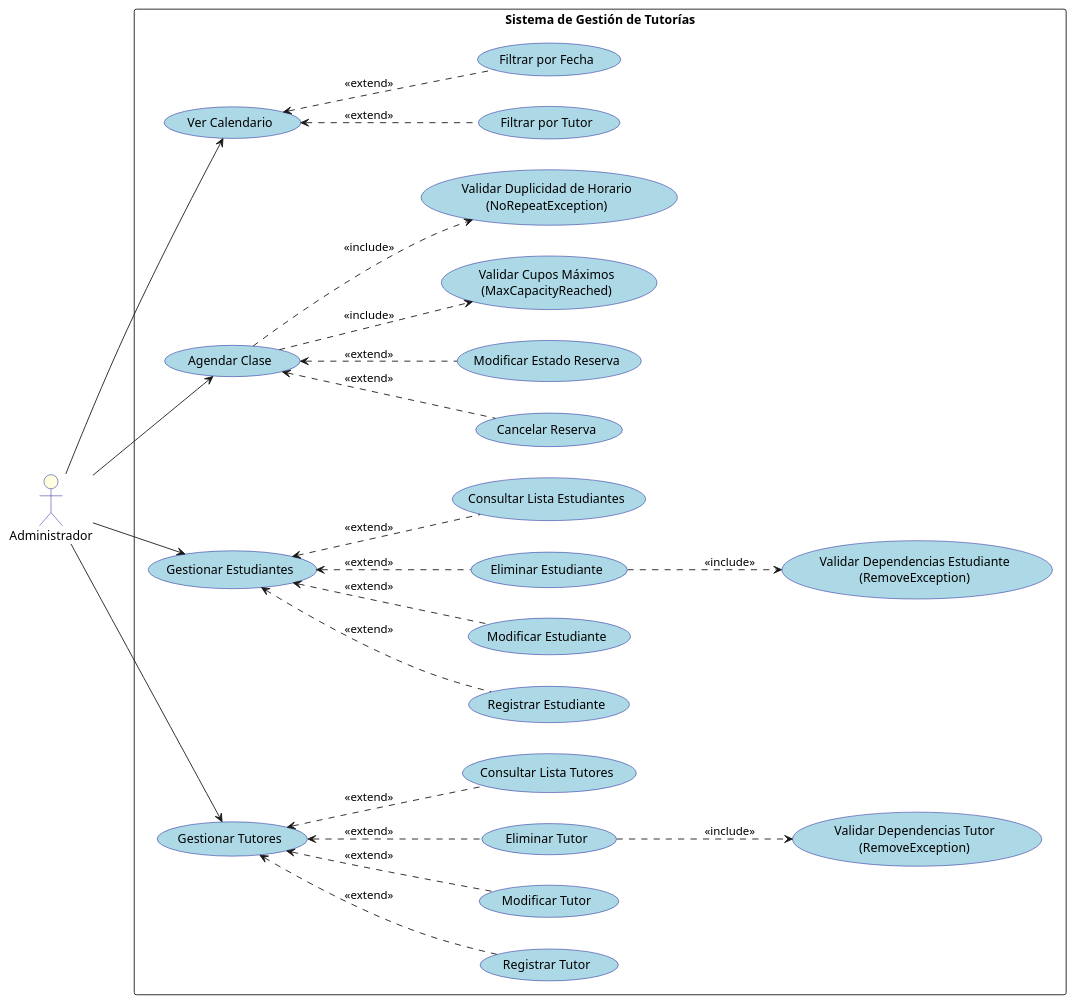
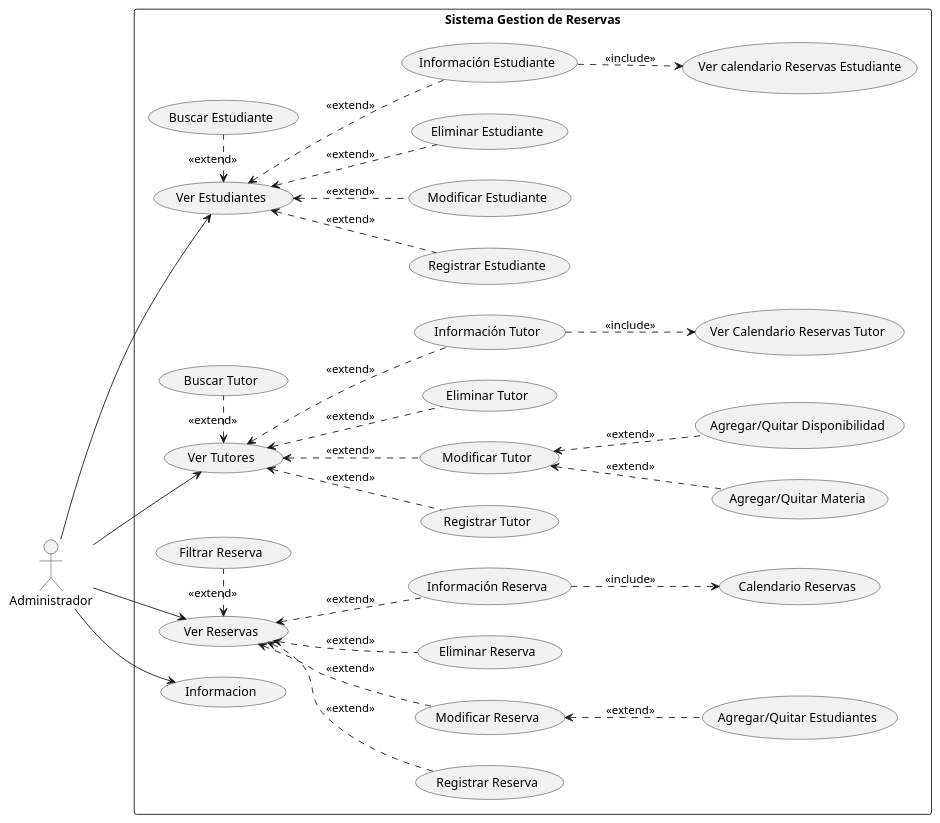
Before and after one commit to SoyMartinPa/Class-Booking-System: the diagram in Diagrams/Usage_diagram/usageDiagram.puml, drawn with PlantUML. The commit also changed 13 other files, not shown here.

Commit message:
docs: add Backend, GUI, and Use Case UML diagrams

```diff
--- a/Diagrams/Usage_diagram/usageDiagram.puml
+++ b/Diagrams/Usage_diagram/usageDiagram.puml
@@ -1,92 +1,74 @@
-@startuml
+@startuml Diagrama de Uso
 left to right direction
 
-skinparam packageStyle rectangle
+actor Administrador as admin
 
-skinparam usecase {
-    BackgroundColor LightBlue
-    BorderColor DarkBlue
+rectangle "Sistema Gestion de Reservas" {
+    
+    usecase "Ver Reservas" as GR
+    usecase "Ver Tutores" as GT
+    usecase "Ver Estudiantes" as GE
+    usecase "Informacion" as informacion
+
+    usecase "Registrar Estudiante" as GER
+    usecase "Modificar Estudiante" as GEM
+    usecase "Eliminar Estudiante" as GEE
+    usecase "Información Estudiante" as GEV
+    usecase "Buscar Estudiante" as GEB
+
+    usecase "Registrar Tutor" as GTR
+    usecase "Modificar Tutor" as GTM
+    usecase "Eliminar Tutor" as GTE
+    usecase "Información Tutor" as GTV
+    usecase "Buscar Tutor" as GTB
+
+    usecase "Registrar Reserva" as GRR
+    usecase "Modificar Reserva" as GRM
+    usecase "Eliminar Reserva" as GRE
+    usecase "Información Reserva" as GRV
+    usecase "Filtrar Reserva" as GRF
+
+    usecase "Ver Calendario Reservas Tutor" as CT
+    usecase "Ver calendario Reservas Estudiante" as CE
+    usecase "Calendario Reservas" as CR
+
+    usecase "Agregar/Quitar Materia" as TAQM
+    usecase "Agregar/Quitar Disponibilidad" as TAQD
+
+    usecase "Agregar/Quitar Estudiantes" as RAQE
 }
 
-skinparam actor {
-    BackgroundColor LightYellow
-    BorderColor DarkBlue
-}
 
-actor "Administrador" as Admin
+admin --> GE
+admin --> GT
+admin --> GR
+admin --> informacion
 
-rectangle "Sistema de Gestión de Tutorías" {
+GE <.. GER : <<extend>>
+GE <.. GEM : <<extend>>
+GE <.. GEE : <<extend>>
+GE <.. GEV : <<extend>>
+GE <.right. GEB : <<extend>>
 
-    '----------------------------
-    ' Funciones Base
-    '----------------------------
-    usecase "Gestionar Tutores" as UC_GestTutores
-    usecase "Gestionar Estudiantes" as UC_GestEstudiantes
-    usecase "Agendar Clase" as UC_Agendar
-    usecase "Ver Calendario" as UC_Calendario
+GT <.. GTR : <<extend>>
+GT <.. GTM : <<extend>>
+GT <.. GTE : <<extend>>
+GT <.. GTV : <<extend>>
+GT <.right. GTB : <<extend>>
 
-    '----------------------------
-    ' Gestión de Tutores
-    '----------------------------
-    usecase "Registrar Tutor" as UC_RegTutor
-    usecase "Modificar Tutor" as UC_ModTutor
-    usecase "Eliminar Tutor" as UC_ElimTutor
-    usecase "Consultar Lista Tutores" as UC_ListTutores
+GR <.. GRR : <<extend>>
+GR <.. GRM : <<extend>>
+GR <.. GRE : <<extend>>
+GR <.. GRV : <<extend>>
+GR <.right. GRF : <<extend>>
 
-    UC_RegTutor    .up.> UC_GestTutores : <<extend>>
-    UC_ModTutor    .up.> UC_GestTutores : <<extend>>
-    UC_ElimTutor   .up.> UC_GestTutores : <<extend>>
-    UC_ListTutores .up.> UC_GestTutores : <<extend>>
+GTV ..> CT : <<include>>
+GEV ..> CE : <<include>>
+GRV ..> CR : <<include>>
 
-    usecase "Validar Dependencias Tutor\n(RemoveException)" as UC_ValElimTutor
+GTM <.. TAQM : <<extend>>
+GTM <.. TAQD : <<extend>>
 
-    UC_ElimTutor ..> UC_ValElimTutor : <<include>>
-
-    '----------------------------
-    ' Gestión de Estudiantes
-    '----------------------------
-    usecase "Registrar Estudiante" as UC_RegEst
-    usecase "Modificar Estudiante" as UC_ModEst
-    usecase "Eliminar Estudiante" as UC_ElimEst
-    usecase "Consultar Lista Estudiantes" as UC_ListEst
-
-    UC_RegEst   .up.> UC_GestEstudiantes : <<extend>>
-    UC_ModEst   .up.> UC_GestEstudiantes : <<extend>>
-    UC_ElimEst  .up.> UC_GestEstudiantes : <<extend>>
-    UC_ListEst  .up.> UC_GestEstudiantes : <<extend>>
-
-    usecase "Validar Dependencias Estudiante\n(RemoveException)" as UC_ValElimEst
-
-    UC_ElimEst ..> UC_ValElimEst : <<include>>
-
-    '----------------------------
-    ' Agendamiento
-    '----------------------------
-    usecase "Cancelar Reserva" as UC_CancelarRes
-    usecase "Modificar Estado Reserva" as UC_ModRes
-
-    UC_CancelarRes .up.> UC_Agendar : <<extend>>
-    UC_ModRes      .up.> UC_Agendar : <<extend>>
-
-    usecase "Validar Cupos Máximos\n(MaxCapacityReached)" as UC_ValCap
-    usecase "Validar Duplicidad de Horario\n(NoRepeatException)" as UC_ValDup
-
-    UC_Agendar ..> UC_ValCap : <<include>>
-    UC_Agendar ..> UC_ValDup : <<include>>
-
-    '----------------------------
-    ' Calendario
-    '----------------------------
-    usecase "Filtrar por Tutor" as UC_FiltroTutor
-    usecase "Filtrar por Fecha" as UC_FiltroFecha
-
-    UC_FiltroTutor .up.> UC_Calendario : <<extend>>
-    UC_FiltroFecha .up.> UC_Calendario : <<extend>>
-}
-
-Admin --> UC_GestTutores
-Admin --> UC_GestEstudiantes
-Admin --> UC_Agendar
-Admin --> UC_Calendario
+GRM <.. RAQE : <<extend>>
 
 @enduml
```
